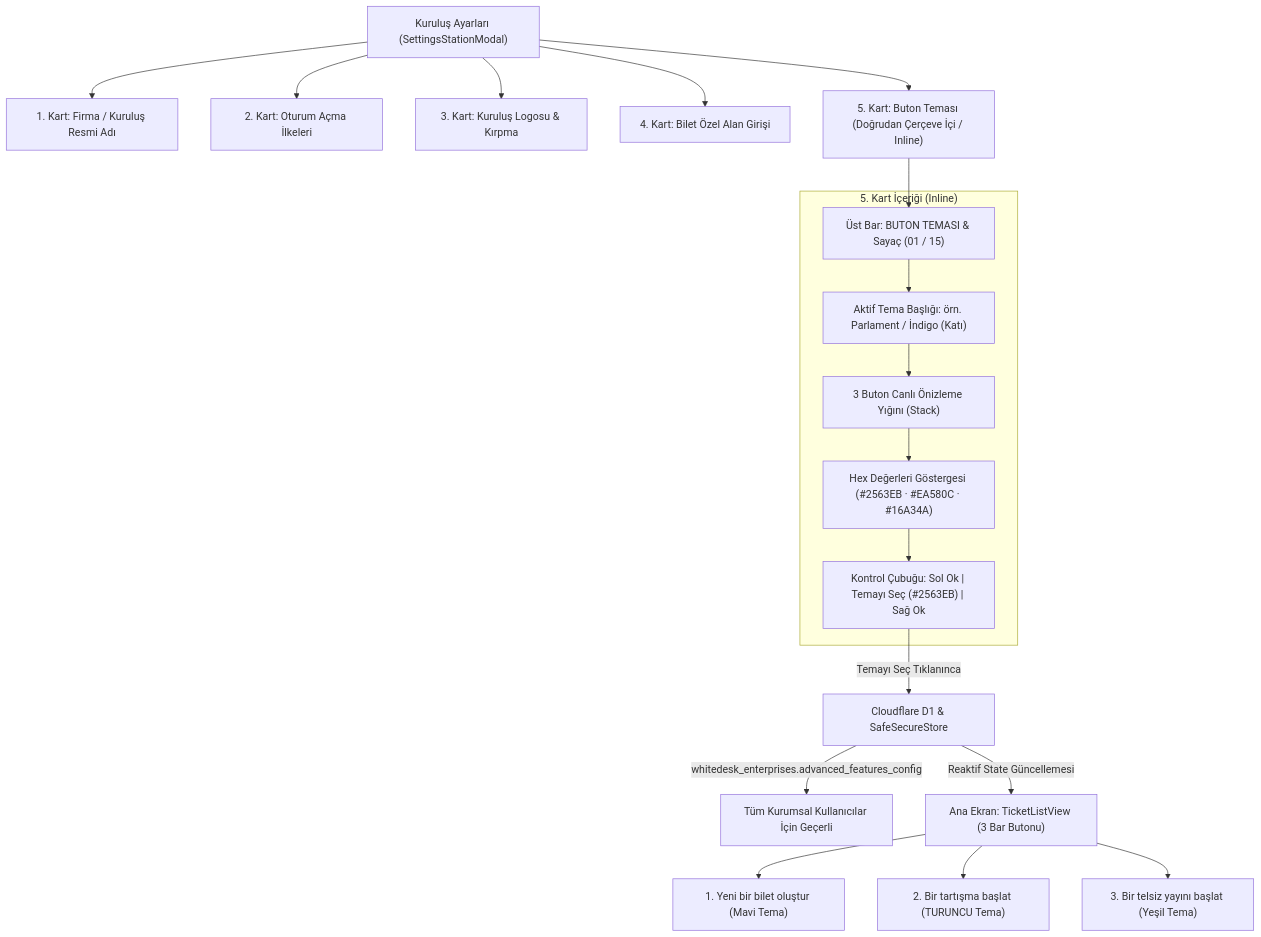
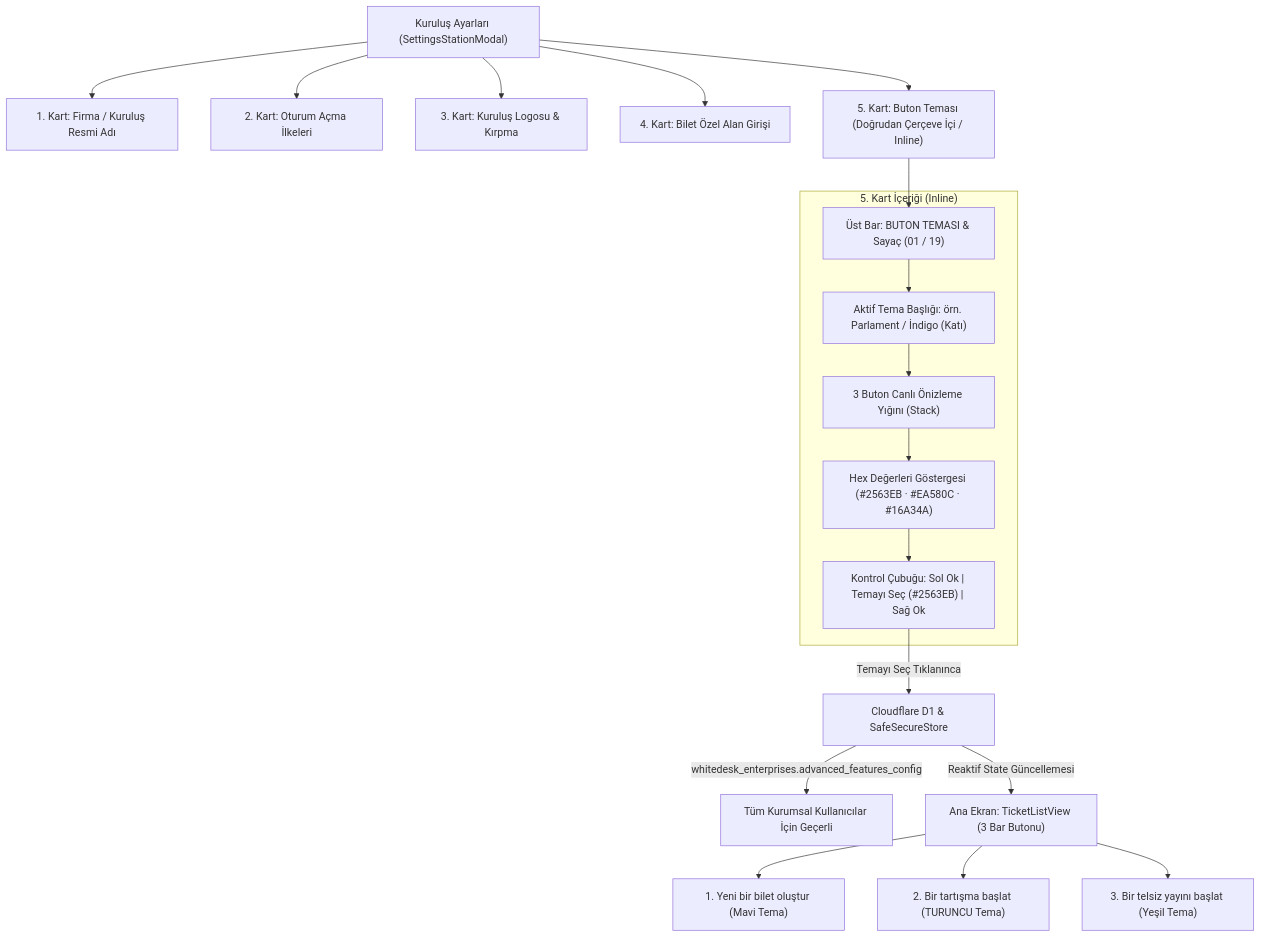
The diagram in project_plans/button_theme_and_google_settings_plan.md (Whitechain-Protocol/whitedesk-backend), drawn with Mermaid before and after one commit. The commit also changed other lines of this file and 1 other file, not shown here.

````diff
--- a/project_plans/button_theme_and_google_settings_plan.md
+++ b/project_plans/button_theme_and_google_settings_plan.md
@@ -12,30 +12,30 @@
 ```mermaid
 flowchart TD
     A["Kuruluş Ayarları (SettingsStationModal)"] --> B["1. Kart: Firma / Kuruluş Resmi Adı"]
     A --> C["2. Kart: Oturum Açma İlkeleri"]
     A --> D["3. Kart: Kuruluş Logosu & Kırpma"]
     A --> E["4. Kart: Bilet Özel Alan Girişi"]
     A --> F["5. Kart: Buton Teması (Doğrudan Çerçeve İçi / Inline)"]
     
     subgraph "5. Kart İçeriği (Inline)"
-        F1["Üst Bar: BUTON TEMASI & Sayaç (01 / 15)"]
+        F1["Üst Bar: BUTON TEMASI & Sayaç (01 / 19)"]
         F2["Aktif Tema Başlığı: örn. Parlament / İndigo (Katı)"]
         F3["3 Buton Canlı Önizleme Yığını (Stack)"]
         F4["Hex Değerleri Göstergesi (#2563EB · #EA580C · #16A34A)"]
         F5["Kontrol Çubuğu: Sol Ok | Temayı Seç (#2563EB) | Sağ Ok"]
     end
     
     F --> F1
     F1 --> F2
     F2 --> F3
     F3 --> F4
     F4 --> F5
     
     F5 -->|"Temayı Seç Tıklanınca"| G["Cloudflare D1 & SafeSecureStore"]
     G -->|"whitedesk_enterprises.advanced_features_config"| H["Tüm Kurumsal Kullanıcılar İçin Geçerli"]
     G -->|"Reaktif State Güncellemesi"| I["Ana Ekran: TicketListView (3 Bar Butonu)"]
     
     I --> J["1. Yeni bir bilet oluştur (Mavi Tema)"]
     I --> K["2. Bir tartışma başlat (TURUNCU Tema)"]
     I --> L["3. Bir telsiz yayını başlat (Yeşil Tema)"]
 ```
````
